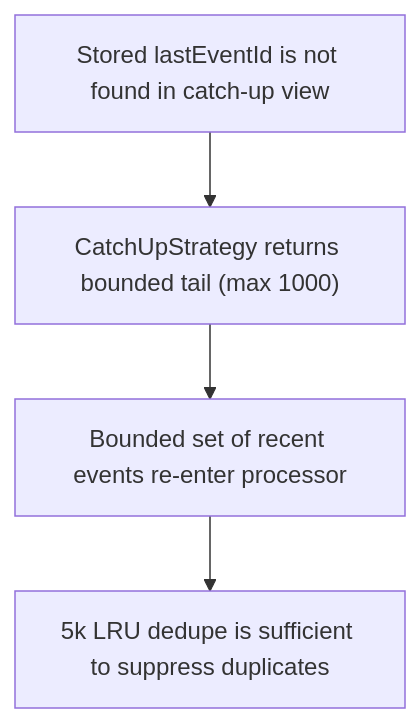
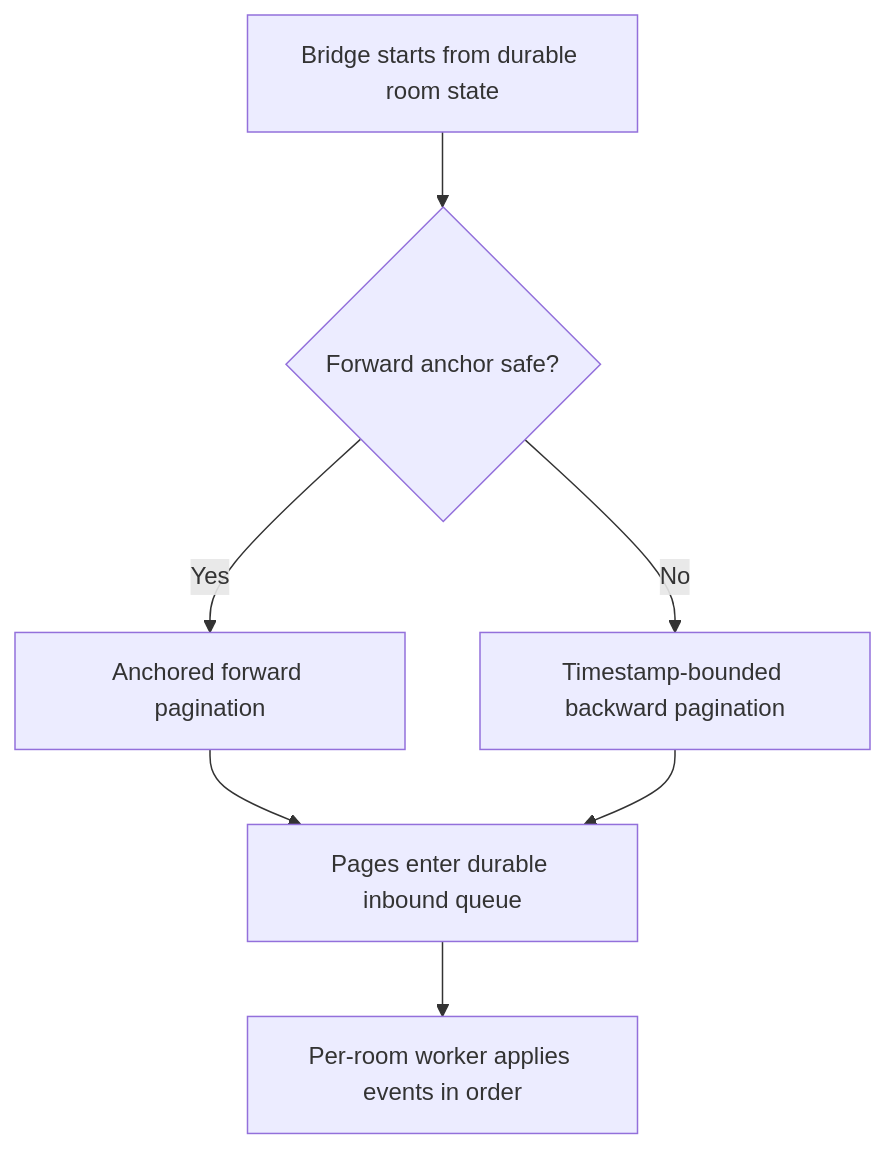
Before and after one commit to matthiasn/lotti: the sixth of 8 diagrams in docs/architecture/sync_current_architecture.md, drawn with Mermaid. The commit also changed other lines of this file and 83 other files, not shown here.

````diff
--- a/docs/architecture/sync_current_architecture.md
+++ b/docs/architecture/sync_current_architecture.md
@@ -538,6 +522,9 @@
 ```mermaid
 flowchart TD
-  A["Stored lastEventId is not found in catch-up view"] --> B["CatchUpStrategy returns bounded tail (max 1000)"]
-  B --> C["Bounded set of recent events re-enter processor"]
-  C --> D["5k LRU dedupe is sufficient to suppress duplicates"]
+  A["Bridge starts from durable room state"] --> B{"Forward anchor safe?"}
+  B -->|Yes| C["Anchored forward pagination"]
+  B -->|No| D["Timestamp-bounded backward pagination"]
+  C --> E["Pages enter durable inbound queue"]
+  D --> E
+  E --> F["Per-room worker applies events in order"]
 ```
````
